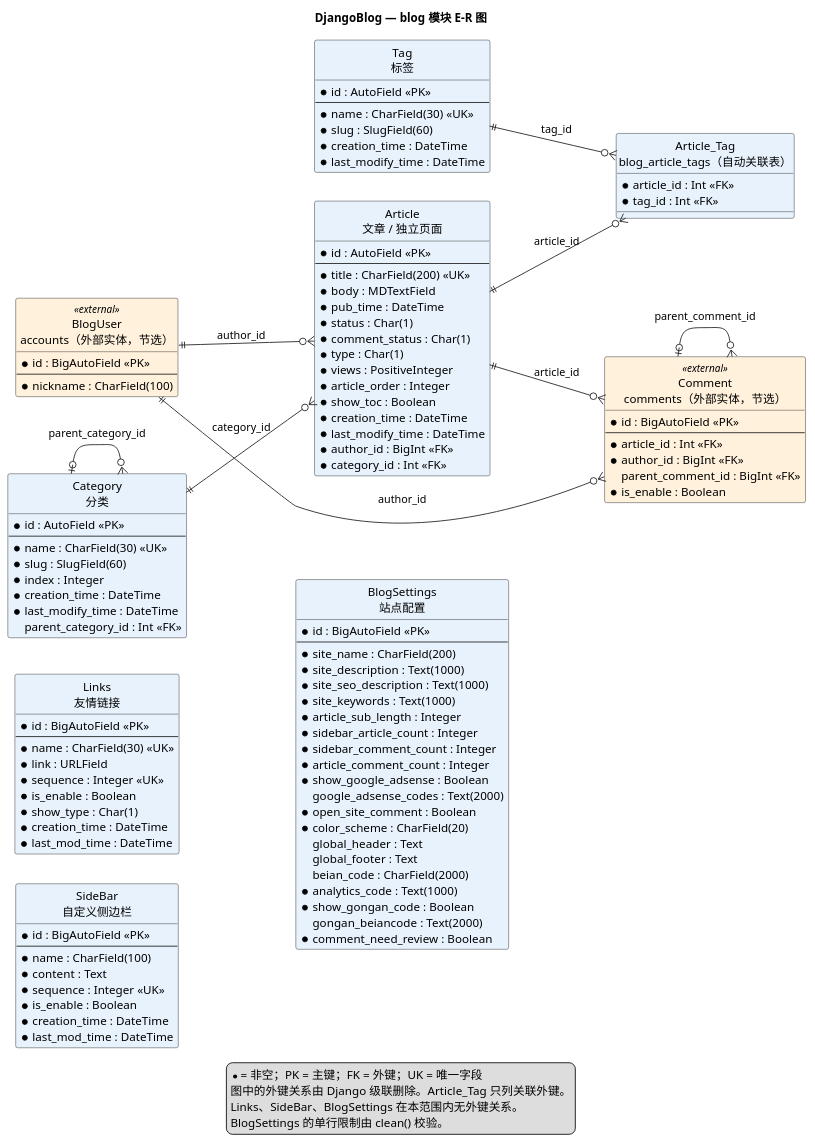
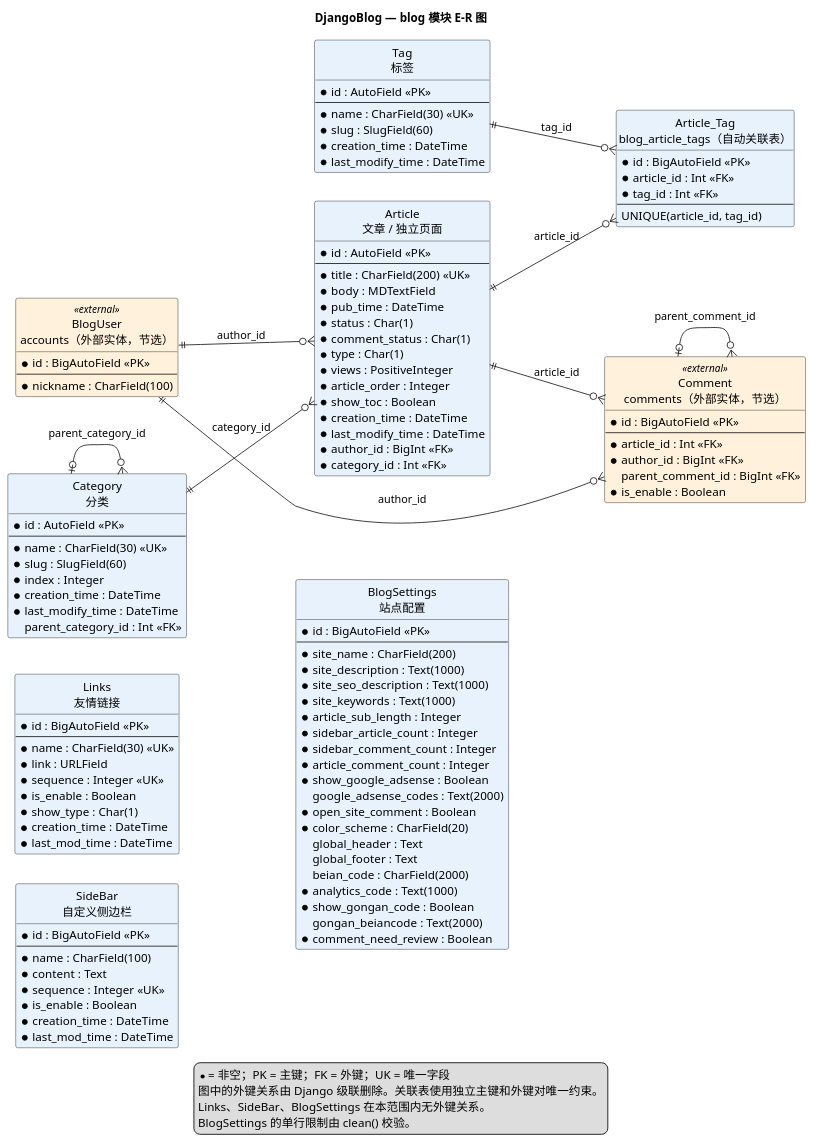
One commit to wnz-1198/343Class5 changed the diagram in doc/blog_ER_Diagram.puml. Above: the diagram before and after it, drawn with PlantUML. The commit also changed 24 other files, not shown here.

Commit message:
Refine Blog course diagrams and contribution evidence

```diff
--- a/doc/blog_ER_Diagram.puml
+++ b/doc/blog_ER_Diagram.puml
@@ -1,137 +1,140 @@
 @startuml
 title DjangoBlog — blog 模块 E-R 图
 left to right direction
 hide circle
 skinparam shadowing false
 skinparam classBackgroundColor #E8F2FC
 skinparam classBackgroundColor<<external>> #FFF1DC
 
 ' 源码路径均相对于 src/DjangoBlog-master。
 ' blog/models.py:54-60,97-195
 entity "Article\n文章 / 独立页面" as Article {
   * id : AutoField <<PK>>
   --
   * title : CharField(200) <<UK>>
   * body : MDTextField
   * pub_time : DateTime
   * status : Char(1)
   * comment_status : Char(1)
   * type : Char(1)
   * views : PositiveInteger
   * article_order : Integer
   * show_toc : Boolean
   * creation_time : DateTime
   * last_modify_time : DateTime
   * author_id : BigInt <<FK>>
   * category_id : Int <<FK>>
 }
 
 ' blog/models.py:274-296,349-373
 entity "Category\n分类" as Category {
   * id : AutoField <<PK>>
   --
   * name : CharField(30) <<UK>>
   * slug : SlugField(60)
   * index : Integer
   * creation_time : DateTime
   * last_modify_time : DateTime
   parent_category_id : Int <<FK>>
 }
 
 entity "Tag\n标签" as Tag {
   * id : AutoField <<PK>>
   --
   * name : CharField(30) <<UK>>
   * slug : SlugField(60)
   * creation_time : DateTime
   * last_modify_time : DateTime
 }
 
 ' blog/models.py:164-166；blog/migrations/0001_initial.py:111-129
 entity "Article_Tag\nblog_article_tags（自动关联表）" as ArticleTag {
+  * id : BigAutoField <<PK>>
   * article_id : Int <<FK>>
   * tag_id : Int <<FK>>
+  --
+  UNIQUE(article_id, tag_id)
 }
 
 ' blog/models.py:378-430；blog/migrations/0001_initial.py:44-78
 entity "Links\n友情链接" as Links {
   * id : BigAutoField <<PK>>
   --
   * name : CharField(30) <<UK>>
   * link : URLField
   * sequence : Integer <<UK>>
   * is_enable : Boolean
   * show_type : Char(1)
   * creation_time : DateTime
   * last_mod_time : DateTime
 }
 
 entity "SideBar\n自定义侧边栏" as SideBar {
   * id : BigAutoField <<PK>>
   --
   * name : CharField(100)
   * content : Text
   * sequence : Integer <<UK>>
   * is_enable : Boolean
   * creation_time : DateTime
   * last_mod_time : DateTime
 }
 
 ' blog/models.py:439-552；blog/migrations/0001_initial.py:19-22
 entity "BlogSettings\n站点配置" as BlogSettings {
   * id : BigAutoField <<PK>>
   --
   * site_name : CharField(200)
   * site_description : Text(1000)
   * site_seo_description : Text(1000)
   * site_keywords : Text(1000)
   * article_sub_length : Integer
   * sidebar_article_count : Integer
   * sidebar_comment_count : Integer
   * article_comment_count : Integer
   * show_google_adsense : Boolean
   google_adsense_codes : Text(2000)
   * open_site_comment : Boolean
   * color_scheme : CharField(20)
   global_header : Text
   global_footer : Text
   beian_code : CharField(2000)
   * analytics_code : Text(1000)
   * show_gongan_code : Boolean
   gongan_beiancode : Text(2000)
   * comment_need_review : Boolean
 }
 
 ' djangoblog/settings.py:271；accounts/models.py:11-59；accounts/migrations/0001_initial.py:18-22
 entity "BlogUser\naccounts（外部实体，节选）" as BlogUser <<external>> {
   * id : BigAutoField <<PK>>
   --
   * nickname : CharField(100)
 }
 
 ' comments/models.py:43-68；comments/migrations/0001_initial.py:19-22
 entity "Comment\ncomments（外部实体，节选）" as Comment <<external>> {
   * id : BigAutoField <<PK>>
   --
   * article_id : Int <<FK>>
   * author_id : BigInt <<FK>>
   parent_comment_id : BigInt <<FK>>
   * is_enable : Boolean
 }
 
 BlogUser ||--o{ Article : author_id
 Category ||--o{ Article : category_id
 Category |o--o{ Category : parent_category_id
 Article ||--o{ ArticleTag : article_id
 Tag ||--o{ ArticleTag : tag_id
 Article ||--o{ Comment : article_id
 BlogUser ||--o{ Comment : author_id
 Comment |o--o{ Comment : parent_comment_id
 
 legend bottom
   * = 非空；PK = 主键；FK = 外键；UK = 唯一字段
-  图中的外键关系由 Django 级联删除。Article_Tag 只列关联外键。
+  图中的外键关系由 Django 级联删除。关联表使用独立主键和外键对唯一约束。
   Links、SideBar、BlogSettings 在本范围内无外键关系。
   BlogSettings 的单行限制由 clean() 校验。
 endlegend
 @enduml
```
